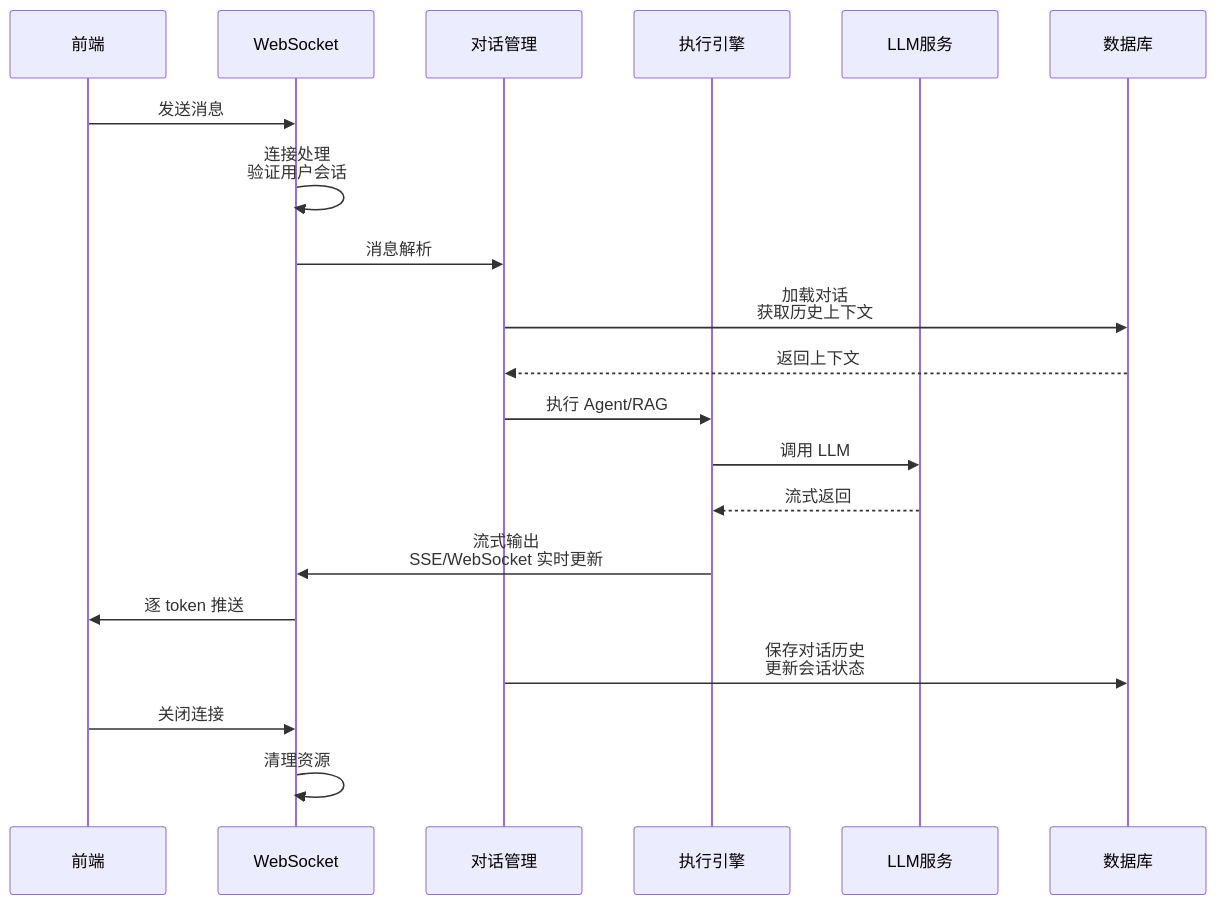
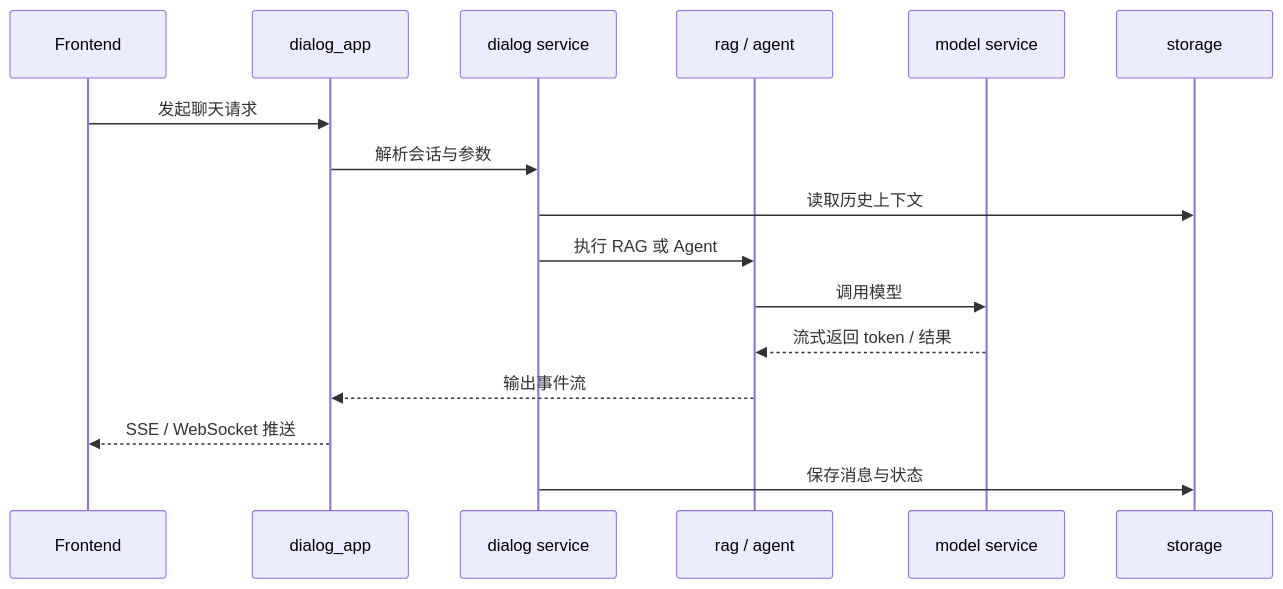
One commit to hata33/ragflow changed the fourth of 4 diagrams in wiki/01-架构设计/003-数据流.md. Above: the diagram before and after it, drawn with Mermaid. The commit also changed other lines of this file and 30 other files, not shown here.

````diff
--- a/wiki/01-架构设计/003-数据流.md
+++ b/wiki/01-架构设计/003-数据流.md
@@ -142,23 +116,19 @@
 ```mermaid
 sequenceDiagram
-    participant FE as 前端
-    participant WS as WebSocket
-    participant DLG as 对话管理
-    participant ENG as 执行引擎
-    participant LLM as LLM服务
-    participant DB as 数据库
+    participant FE as Frontend
+    participant API as dialog_app
+    participant SVC as dialog service
+    participant ENG as rag / agent
+    participant LLM as model service
+    participant DB as storage
 
-    FE->>WS: 发送消息
-    WS->>WS: 连接处理<br/>验证用户会话
-    WS->>DLG: 消息解析
-    DLG->>DB: 加载对话<br/>获取历史上下文
-    DB-->>DLG: 返回上下文
-    DLG->>ENG: 执行 Agent/RAG
-    ENG->>LLM: 调用 LLM
-    LLM-->>ENG: 流式返回
-    ENG->>WS: 流式输出<br/>SSE/WebSocket 实时更新
-    WS->>FE: 逐 token 推送
-    DLG->>DB: 保存对话历史<br/>更新会话状态
-    FE->>WS: 关闭连接
-    WS->>WS: 清理资源
+    FE->>API: 发起聊天请求
+    API->>SVC: 解析会话与参数
+    SVC->>DB: 读取历史上下文
+    SVC->>ENG: 执行 RAG 或 Agent
+    ENG->>LLM: 调用模型
+    LLM-->>ENG: 流式返回 token / 结果
+    ENG-->>API: 输出事件流
+    API-->>FE: SSE / WebSocket 推送
+    SVC->>DB: 保存消息与状态
 ```
````
